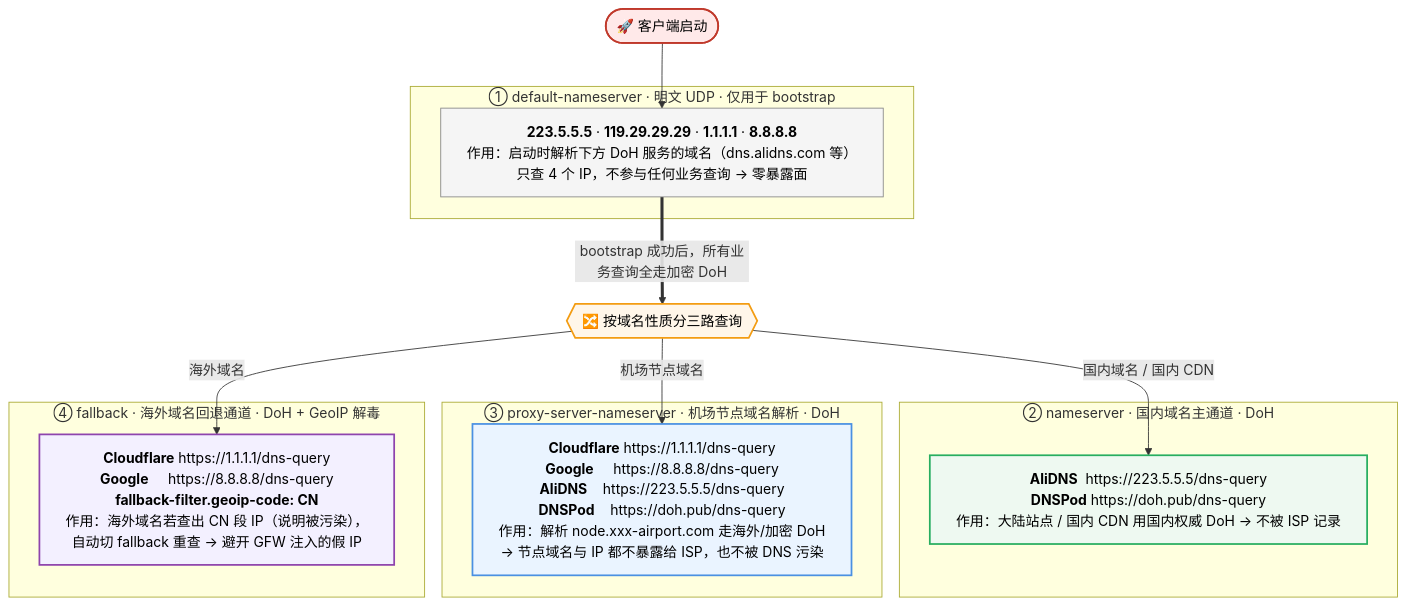
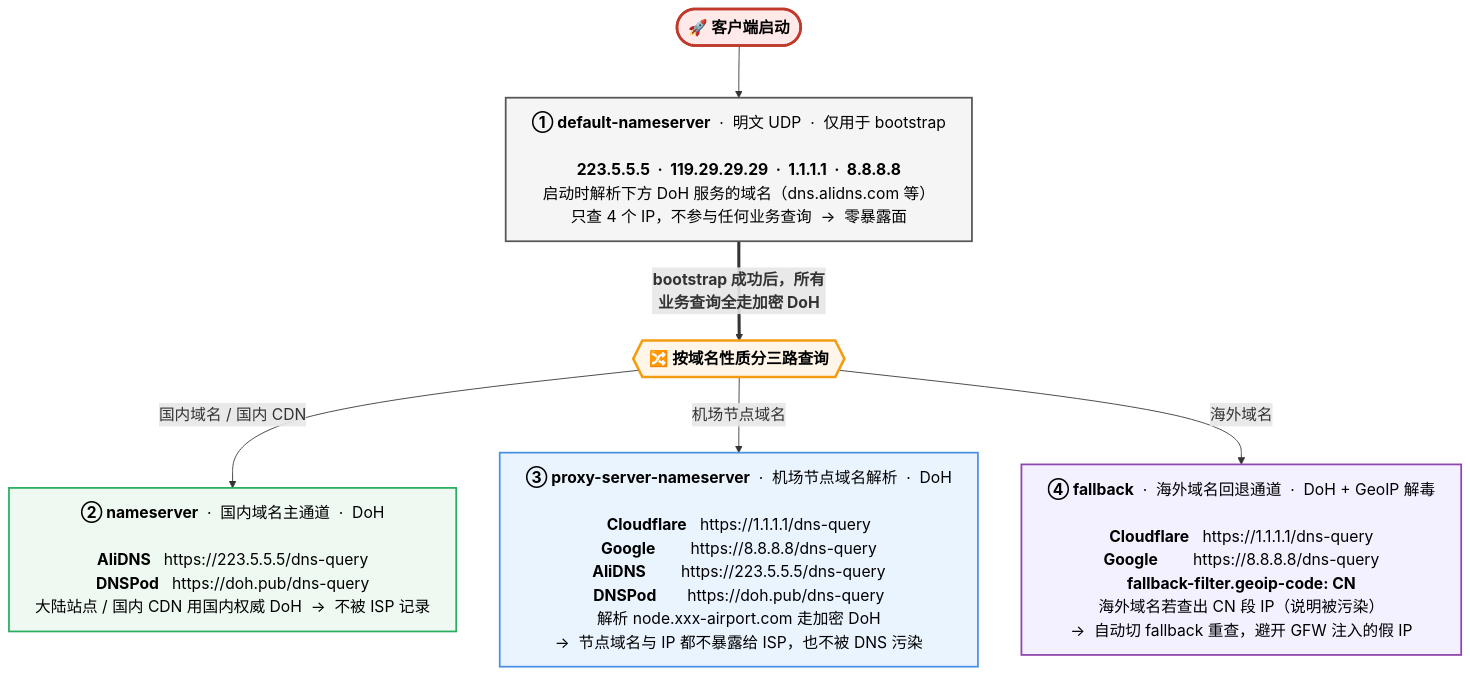
One commit to IvanSolis1989/Clash changed the third of 3 diagrams in README.md. Above: the diagram before and after it, drawn with Mermaid.

Commit message:
docs(readme): DNS 图去掉 subgraph 外框，字号放大到 18px
- 去掉 subgraph 双层框（subgraph + 内部节点 = 两层边框），改为单层 node，
  把原 subgraph 标题作为节点首行加粗显示
- themeVariables.fontSize 设为 18px，默认可读性更好
- 加粗关键字段（层名 / 服务器地址 / GeoIP filter）便于一眼识别
- wrappingWidth 调到 1000、nodeSpacing/rankSpacing 略增，避免文字挤边

````diff
--- a/README.md
+++ b/README.md
@@ -261,42 +261,37 @@
 ```mermaid
 ---
 config:
   flowchart:
     htmlLabels: true
-    wrappingWidth: 800
+    wrappingWidth: 1000
+    nodeSpacing: 50
+    rankSpacing: 60
+  themeVariables:
+    fontSize: 18px
 ---
 flowchart TB
-    Start(["🚀&nbsp;客户端启动"])
+    Start(["<b>🚀 客户端启动</b>"])
 
-    subgraph S1 ["① default-nameserver · 明文 UDP · 仅用于 bootstrap"]
-      B["<b>223.5.5.5</b>&nbsp;·&nbsp;<b>119.29.29.29</b>&nbsp;·&nbsp;<b>1.1.1.1</b>&nbsp;·&nbsp;<b>8.8.8.8</b><br/>作用：启动时解析下方 DoH 服务的域名（dns.alidns.com 等）<br/>只查 4 个 IP，不参与任何业务查询&nbsp;→&nbsp;零暴露面"]
-    end
+    L1["<b>① default-nameserver</b> &nbsp;·&nbsp; 明文 UDP &nbsp;·&nbsp; 仅用于 bootstrap<br/><br/><b>223.5.5.5 &nbsp;·&nbsp; 119.29.29.29 &nbsp;·&nbsp; 1.1.1.1 &nbsp;·&nbsp; 8.8.8.8</b><br/>启动时解析下方 DoH 服务的域名（dns.alidns.com 等）<br/>只查 4 个 IP，不参与任何业务查询 &nbsp;→&nbsp; 零暴露面"]
 
-    Start --> B
-    B ==>|"bootstrap 成功后，所有业务查询全走加密 DoH"| Gate
+    Gate{{"<b>🔀 按域名性质分三路查询</b>"}}
 
-    Gate{{"🔀&nbsp;按域名性质分三路查询"}}
+    L2["<b>② nameserver</b> &nbsp;·&nbsp; 国内域名主通道 &nbsp;·&nbsp; DoH<br/><br/><b>AliDNS</b> &nbsp; https://223.5.5.5/dns-query<br/><b>DNSPod</b> &nbsp; https://doh.pub/dns-query<br/>大陆站点 / 国内 CDN 用国内权威 DoH &nbsp;→&nbsp; 不被 ISP 记录"]
 
-    subgraph S2 ["② nameserver · 国内域名主通道 · DoH"]
-      N["<b>AliDNS</b>&nbsp;&nbsp;https://223.5.5.5/dns-query<br/><b>DNSPod</b>&nbsp;https://doh.pub/dns-query<br/>作用：大陆站点&nbsp;/&nbsp;国内 CDN 用国内权威 DoH&nbsp;→&nbsp;不被 ISP 记录"]
-    end
+    L3["<b>③ proxy-server-nameserver</b> &nbsp;·&nbsp; 机场节点域名解析 &nbsp;·&nbsp; DoH<br/><br/><b>Cloudflare</b> &nbsp; https://1.1.1.1/dns-query<br/><b>Google</b> &nbsp;&nbsp;&nbsp;&nbsp;&nbsp;&nbsp; https://8.8.8.8/dns-query<br/><b>AliDNS</b> &nbsp;&nbsp;&nbsp;&nbsp;&nbsp;&nbsp; https://223.5.5.5/dns-query<br/><b>DNSPod</b> &nbsp;&nbsp;&nbsp;&nbsp;&nbsp; https://doh.pub/dns-query<br/>解析 node.xxx-airport.com 走加密 DoH<br/>→&nbsp; 节点域名与 IP 都不暴露给 ISP，也不被 DNS 污染"]
 
-    subgraph S3 ["③ proxy-server-nameserver · 机场节点域名解析 · DoH"]
-      P["<b>Cloudflare</b>&nbsp;https://1.1.1.1/dns-query<br/><b>Google</b>&nbsp;&nbsp;&nbsp;&nbsp;&nbsp;https://8.8.8.8/dns-query<br/><b>AliDNS</b>&nbsp;&nbsp;&nbsp;&nbsp;https://223.5.5.5/dns-query<br/><b>DNSPod</b>&nbsp;&nbsp;&nbsp;&nbsp;https://doh.pub/dns-query<br/>作用：解析&nbsp;node.xxx-airport.com&nbsp;走海外/加密 DoH<br/>→&nbsp;节点域名与 IP 都不暴露给 ISP，也不被 DNS 污染"]
-    end
+    L4["<b>④ fallback</b> &nbsp;·&nbsp; 海外域名回退通道 &nbsp;·&nbsp; DoH + GeoIP 解毒<br/><br/><b>Cloudflare</b> &nbsp; https://1.1.1.1/dns-query<br/><b>Google</b> &nbsp;&nbsp;&nbsp;&nbsp;&nbsp;&nbsp; https://8.8.8.8/dns-query<br/><b>fallback-filter.geoip-code: CN</b><br/>海外域名若查出 CN 段 IP（说明被污染）<br/>→&nbsp; 自动切 fallback 重查，避开 GFW 注入的假 IP"]
 
-    subgraph S4 ["④ fallback · 海外域名回退通道 · DoH + GeoIP 解毒"]
-      F["<b>Cloudflare</b>&nbsp;https://1.1.1.1/dns-query<br/><b>Google</b>&nbsp;&nbsp;&nbsp;&nbsp;&nbsp;https://8.8.8.8/dns-query<br/><b>fallback-filter.geoip-code: CN</b><br/>作用：海外域名若查出 CN 段 IP（说明被污染），<br/>自动切 fallback 重查&nbsp;→&nbsp;避开 GFW 注入的假 IP"]
-    end
+    Start --> L1
+    L1 ==>|"<b>bootstrap 成功后，所有业务查询全走加密 DoH</b>"| Gate
+    Gate -->|"国内域名 / 国内 CDN"| L2
+    Gate -->|"机场节点域名"| L3
+    Gate -->|"海外域名"| L4
 
-    Gate -->|"国内域名 / 国内 CDN"| N
-    Gate -->|"机场节点域名"| P
-    Gate -->|"海外域名"| F
-
-    style Start fill:#FFE9E9,stroke:#C0392B,stroke-width:2px,color:#000
-    style B fill:#F5F5F5,stroke:#888,stroke-width:1px,color:#000
-    style Gate fill:#FFF6E9,stroke:#F39C12,stroke-width:2px,color:#000
-    style N fill:#EEF9F1,stroke:#27AE60,stroke-width:2px,color:#000
-    style P fill:#EAF4FF,stroke:#4A90E2,stroke-width:2px,color:#000
-    style F fill:#F3F0FF,stroke:#8E44AD,stroke-width:2px,color:#000
+    style Start fill:#FFE9E9,stroke:#C0392B,stroke-width:3px,color:#000
+    style L1 fill:#F5F5F5,stroke:#555,stroke-width:2px,color:#000
+    style Gate fill:#FFF6E9,stroke:#F39C12,stroke-width:3px,color:#000
+    style L2 fill:#EEF9F1,stroke:#27AE60,stroke-width:2px,color:#000
+    style L3 fill:#EAF4FF,stroke:#4A90E2,stroke-width:2px,color:#000
+    style L4 fill:#F3F0FF,stroke:#8E44AD,stroke-width:2px,color:#000
 ```
````
